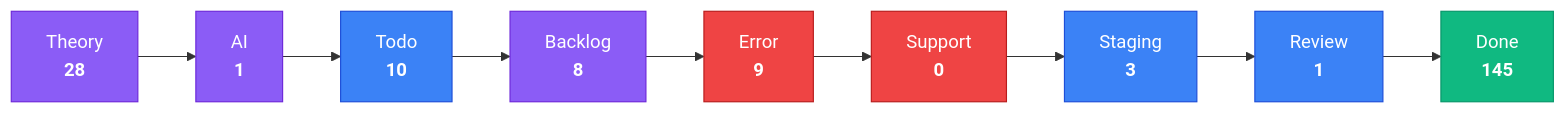
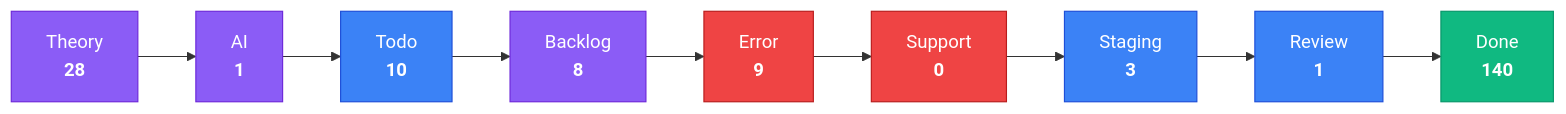
Before and after one commit to KBVE/kbve: the third of 4 diagrams in apps/kbve/astro-kbve/src/content/docs/dashboard/kanban-data.mdx, drawn with Mermaid. The commit also changed other lines of this file and 8 other files, not shown here.

````diff
--- a/apps/kbve/astro-kbve/src/content/docs/dashboard/kanban-data.mdx
+++ b/apps/kbve/astro-kbve/src/content/docs/dashboard/kanban-data.mdx
@@ -80,28 +80,28 @@
 ```mermaid
 flowchart LR
     classDef planning fill:#8b5cf6,stroke:#6d28d9,color:#fff
     classDef active fill:#3b82f6,stroke:#1d4ed8,color:#fff
     classDef blocked fill:#ef4444,stroke:#b91c1c,color:#fff
     classDef done fill:#10b981,stroke:#059669,color:#fff
     Theory["Theory<br/><strong>28</strong>"]
     Theory --> AI
     AI["AI<br/><strong>1</strong>"]
     AI --> Todo
     Todo["Todo<br/><strong>10</strong>"]
     Todo --> Backlog
     Backlog["Backlog<br/><strong>8</strong>"]
     Backlog --> Error
     Error["Error<br/><strong>9</strong>"]
     Error --> Support
     Support["Support<br/><strong>0</strong>"]
     Support --> Staging
     Staging["Staging<br/><strong>3</strong>"]
     Staging --> Review
     Review["Review<br/><strong>1</strong>"]
     Review --> Done
-    Done["Done<br/><strong>145</strong>"]
+    Done["Done<br/><strong>140</strong>"]
     class Theory,AI,Backlog planning
     class Todo,Staging,Review active
     class Error,Support blocked
     class Done done
 ```
````
